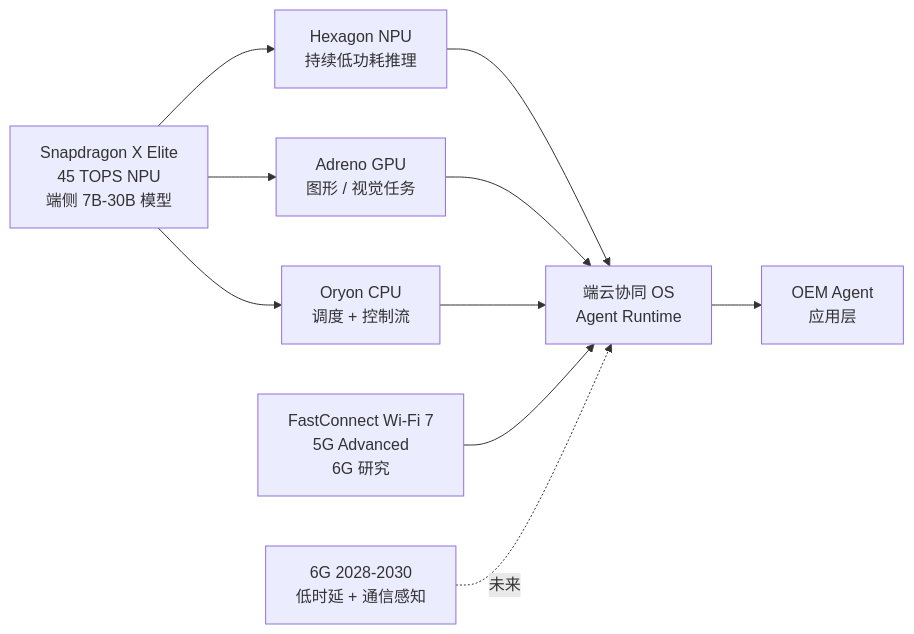
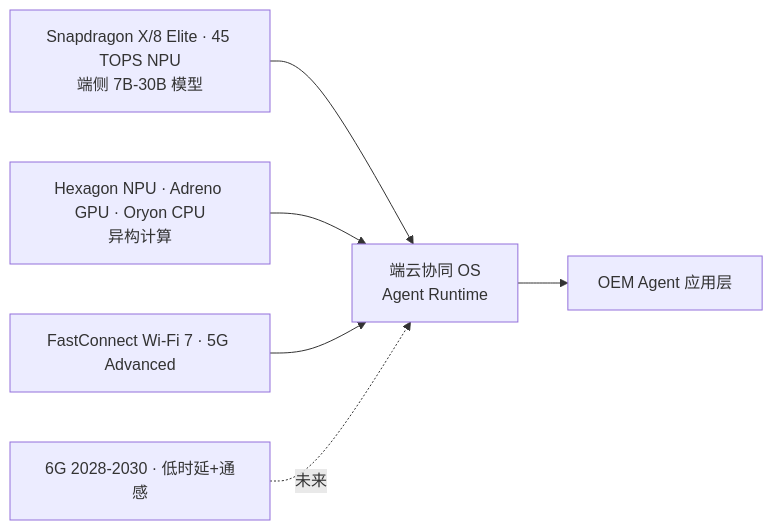
The diagram in content/posts/video/qualcomm-on-device-ai-physical-ai-6g-2026.md (A1pha3/text-matrix), drawn with Mermaid before and after one commit. The commit also changed other lines of this file and 6 other files, not shown here.

````diff
--- a/content/posts/video/qualcomm-on-device-ai-physical-ai-6g-2026.md
+++ b/content/posts/video/qualcomm-on-device-ai-physical-ai-6g-2026.md
@@ -51,12 +52,8 @@
 ```mermaid
 flowchart LR
-  A[Snapdragon X Elite<br>45 TOPS NPU<br>端侧 7B-30B 模型] --> B[Hexagon NPU<br>持续低功耗推理]
-  A --> C[Adreno GPU<br>图形 / 视觉任务]
-  A --> D[Oryon CPU<br>调度 + 控制流]
-  B --> E[端云协同 OS<br>Agent Runtime]
-  C --> E
-  D --> E
-  E --> F[OEM Agent<br>应用层]
-  H[FastConnect Wi-Fi 7<br>5G Advanced<br>6G 研究] --> E
-  G[6G 2028-2030<br>低时延 + 通信感知] -.未来.-> E
+  A[Snapdragon X/8 Elite · 45 TOPS NPU<br>端侧 7B-30B 模型] --> E[端云协同 OS<br>Agent Runtime]
+  N[Hexagon NPU · Adreno GPU · Oryon CPU<br>异构计算] --> E
+  H[FastConnect Wi-Fi 7 · 5G Advanced] --> E
+  G[6G 2028-2030 · 低时延+通感] -.未来.-> E
+  E --> F[OEM Agent 应用层]
 ```
````
